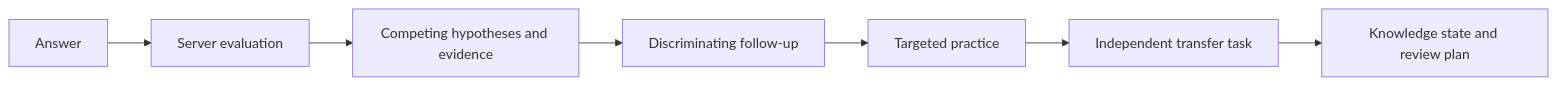
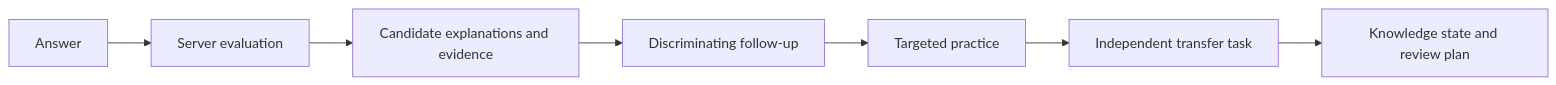
One commit to KaoruMiyagawa/UnlearnLoop changed the first of 2 diagrams in README_EN.md. Above: the diagram before and after it, drawn with Mermaid. The commit also changed other lines of this file and 1 other file, not shown here.

````diff
--- a/README_EN.md
+++ b/README_EN.md
@@ -17,9 +17,9 @@
 ```mermaid
 flowchart LR
     A[Answer] --> B[Server evaluation]
-    B --> C[Competing hypotheses and evidence]
+    B --> C[Candidate explanations and evidence]
     C --> D[Discriminating follow-up]
     D --> E[Targeted practice]
     E --> F[Independent transfer task]
     F --> G[Knowledge state and review plan]
 ```
````
